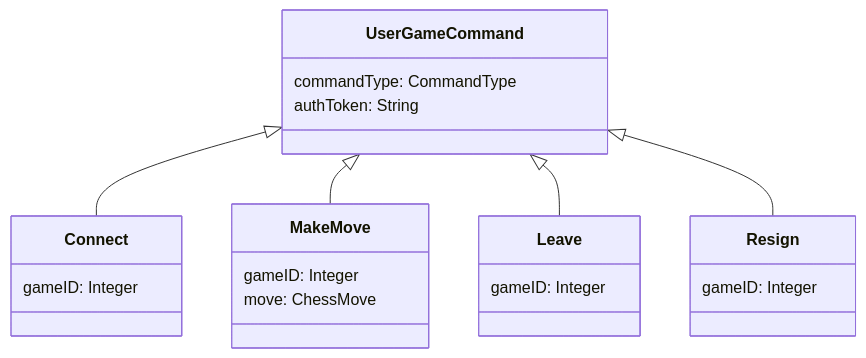
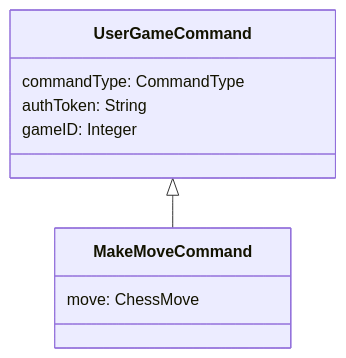
The first of 2 diagrams in chess/6-gameplay/gameplay.md (softwareconstruction240/softwareconstruction), drawn with Mermaid before and after one commit. The commit also changed other lines of this file, not shown here.

````diff
--- a/chess/6-gameplay/gameplay.md
+++ b/chess/6-gameplay/gameplay.md
@@ -100,24 +100,13 @@
 ```mermaid
 classDiagram
     class UserGameCommand {
         commandType: CommandType
         authToken: String
-    }
-    class Connect {
         gameID: Integer
     }
-    class MakeMove {
-        gameID: Integer
+    class MakeMoveCommand {
         move: ChessMove
     }
-    class Leave {
-        gameID: Integer
-    }
-    class Resign {
-        gameID: Integer
-    }
-    UserGameCommand <|-- Connect
-    UserGameCommand <|-- MakeMove
-    UserGameCommand <|-- Leave
-    UserGameCommand <|-- Resign
+    UserGameCommand <|-- MakeMoveCommand
+    
 ```
````
